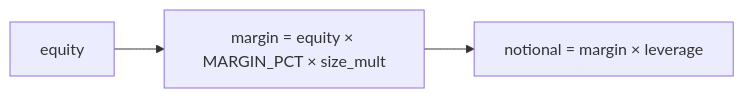
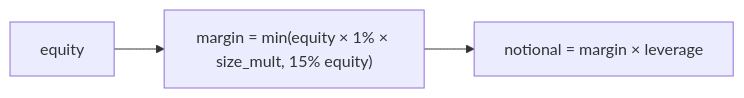
One commit to vnbees/ema-follow changed the third of 3 diagrams in docs/BOT_LOGIC.md. Above: the diagram before and after it, drawn with Mermaid. The commit also changed other lines of this file and 69 other files, not shown here.

````diff
--- a/docs/BOT_LOGIC.md
+++ b/docs/BOT_LOGIC.md
@@ -122,5 +117,5 @@
 ```mermaid
 flowchart LR
-    eq[equity] --> m["margin = equity × MARGIN_PCT × size_mult"]
+    eq[equity] --> m["margin = min(equity × 1% × size_mult, 15% equity)"]
     m --> n["notional = margin × leverage"]
 ```
````
